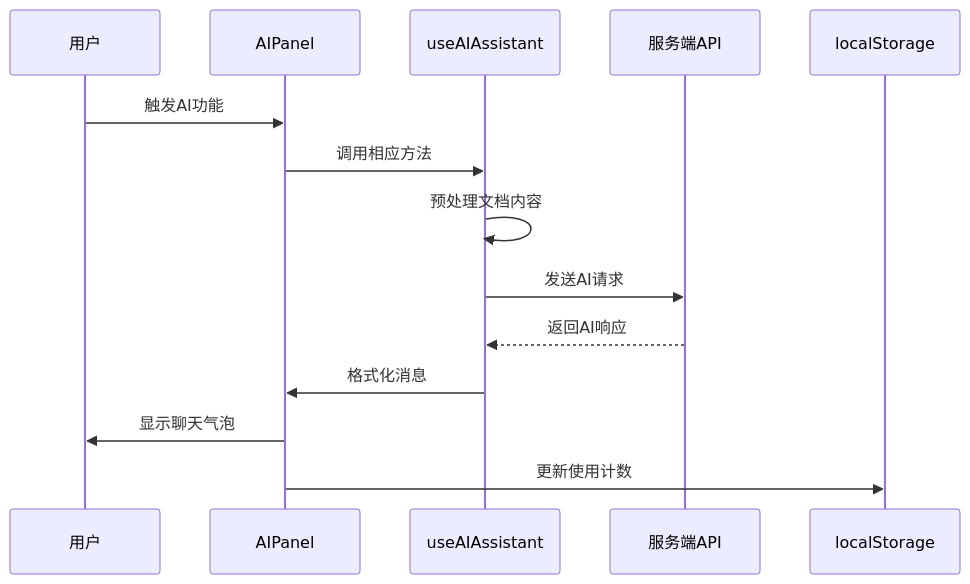
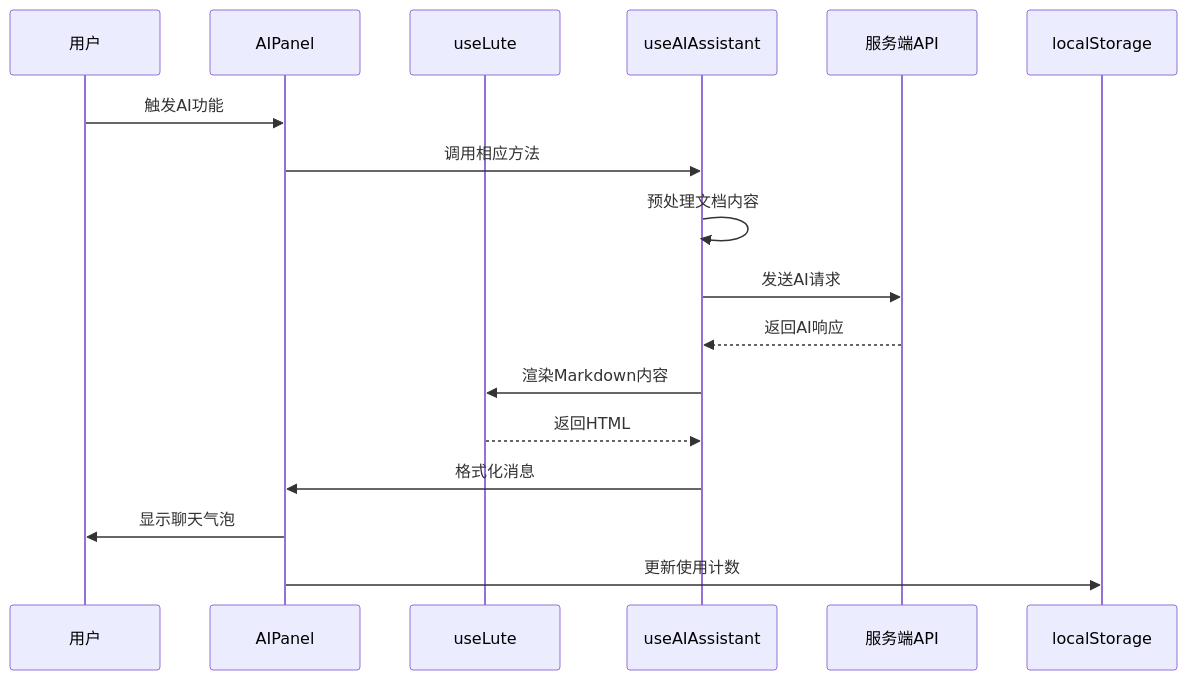
One commit to terwer/siyuan-plugin-blog changed the seventh of 27 diagrams in .qoder/repowiki/zh/content/核心功能/AI助手系统.md. Above: the diagram before and after it, drawn with Mermaid. The commit also changed other lines of this file and 6 other files, not shown here.

Commit message:
feat(ai-assistant): add Lute Markdown & dark theme

````diff
--- a/.qoder/repowiki/zh/content/核心功能/AI助手系统.md
+++ b/.qoder/repowiki/zh/content/核心功能/AI助手系统.md
@@ -272,16 +325,19 @@
 ```mermaid
 sequenceDiagram
 participant User as 用户
 participant Panel as AIPanel
+participant Lute as useLute
 participant Assistant as useAIAssistant
 participant Server as 服务端API
 participant Storage as localStorage
 User->>Panel : 触发AI功能
 Panel->>Assistant : 调用相应方法
 Assistant->>Assistant : 预处理文档内容
 Assistant->>Server : 发送AI请求
 Server-->>Assistant : 返回AI响应
+Assistant->>Lute : 渲染Markdown内容
+Lute-->>Assistant : 返回HTML
 Assistant->>Panel : 格式化消息
 Panel->>User : 显示聊天气泡
 Panel->>Storage : 更新使用计数
 ```
````
